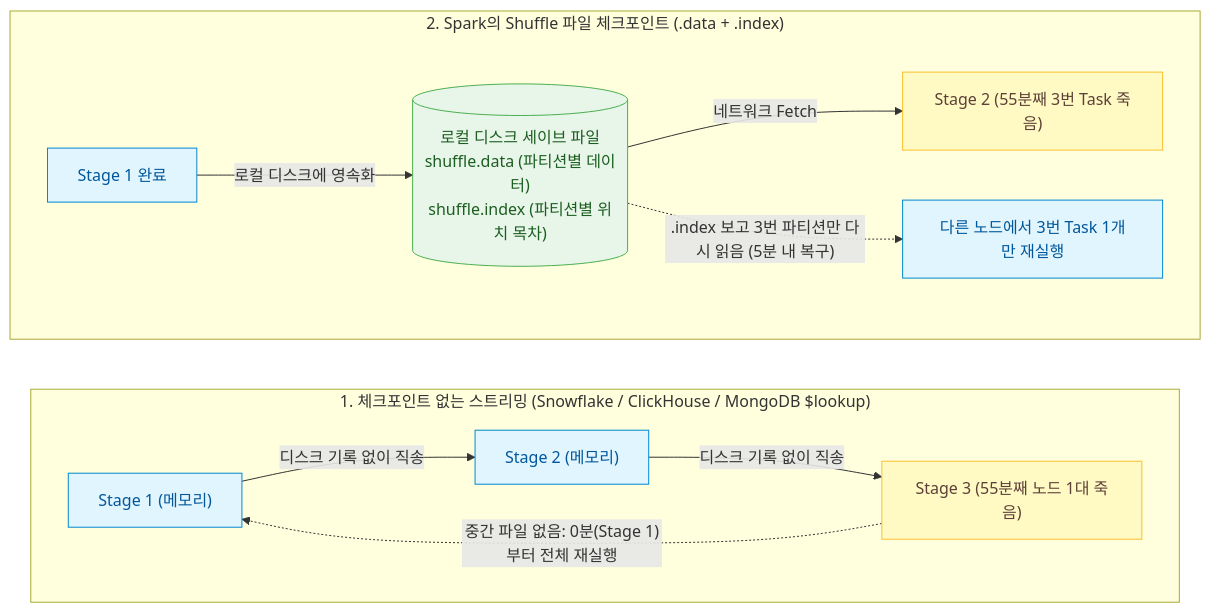
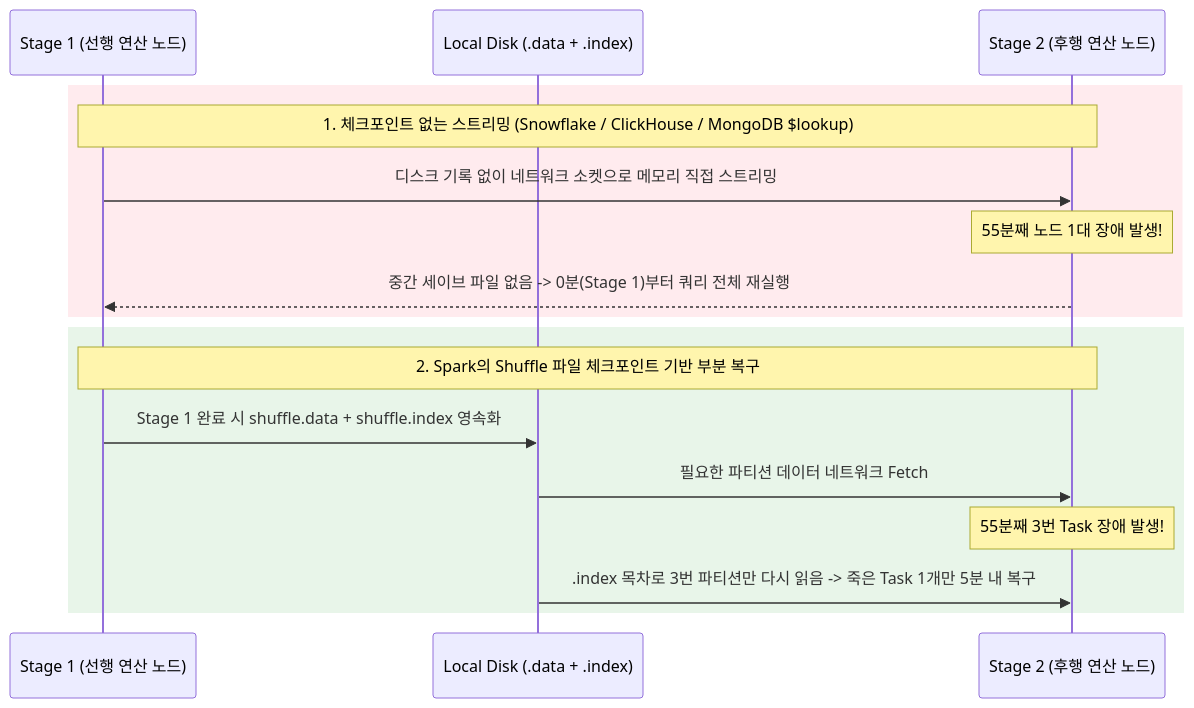
One commit to djpibo/djpibo.github.io changed the eighth of 11 diagrams in docs/dbms/distributed/mapreduce-spark-and-distributed-db-internals.md. Above: the diagram before and after it, drawn with Mermaid. The commit also changed other lines of this file and 4 other files, not shown here.

Commit message:
style(mermaid): remove hachure fill, refactor key diagrams to sequence/decision-tree, and update AGENTS.md

````diff
--- a/docs/dbms/distributed/mapreduce-spark-and-distributed-db-internals.md
+++ b/docs/dbms/distributed/mapreduce-spark-and-distributed-db-internals.md
@@ -410,27 +390,21 @@
 ```mermaid
-flowchart LR
-    classDef storage fill:#E8F5E9,stroke:#4CAF50,color:#1B5E20;
-    classDef process fill:#FFF9C4,stroke:#FBC02D,color:#5D4037;
-    classDef cloud fill:#E1F5FE,stroke:#0288D1,color:#01579B;
+sequenceDiagram
+    participant S1 as Stage 1 (선행 연산 노드)
+    participant Disk as Local Disk (.data + .index)
+    participant S2 as Stage 2 (후행 연산 노드)
 
-    subgraph MPP_FAIL ["1. 체크포인트 없는 스트리밍 (Snowflake / ClickHouse / MongoDB $lookup)"]
-        direction LR
-        M_S1["Stage 1 (메모리)"]:::cloud
-        M_S2["Stage 2 (메모리)"]:::cloud
-        M_S3["Stage 3 (55분째 노드 1대 죽음)"]:::process
-        M_S1 -->|"디스크 기록 없이 직송"| M_S2
-        M_S2 -->|"디스크 기록 없이 직송"| M_S3
-        M_S3 -.->|"중간 파일 없음: 0분(Stage 1)부터 전체 재실행"| M_S1
+    rect rgb(255, 235, 238)
+        Note over S1,S2: 1. 체크포인트 없는 스트리밍 (Snowflake / ClickHouse / MongoDB $lookup)
+        S1->>S2: 디스크 기록 없이 네트워크 소켓으로 메모리 직접 스트리밍
+        Note over S2: 55분째 노드 1대 장애 발생!
+        S2-->>S1: 중간 세이브 파일 없음 -> 0분(Stage 1)부터 쿼리 전체 재실행
     end
 
-    subgraph SP_SAVE ["2. Spark의 Shuffle 파일 체크포인트 (.data + .index)"]
-        direction LR
-        S_S1["Stage 1 완료"]:::cloud
-        S_CHK[("로컬 디스크 세이브 파일<br/>shuffle.data (파티션별 데이터)<br/>shuffle.index (파티션별 위치 목차)")]:::storage
-        S_S2["Stage 2 (55분째 3번 Task 죽음)"]:::process
-        S_REC["다른 노드에서 3번 Task 1개만 재실행"]:::cloud
-        S_S1 -->|"로컬 디스크에 영속화"| S_CHK
-        S_CHK -->|"네트워크 Fetch"| S_S2
-        S_CHK -.->|".index 보고 3번 파티션만 다시 읽음 (5분 내 복구)"| S_REC
+    rect rgb(232, 245, 233)
+        Note over S1,S2: 2. Spark의 Shuffle 파일 체크포인트 기반 부분 복구
+        S1->>Disk: Stage 1 완료 시 shuffle.data + shuffle.index 영속화
+        Disk->>S2: 필요한 파티션 데이터 네트워크 Fetch
+        Note over S2: 55분째 3번 Task 장애 발생!
+        Disk->>S2: .index 목차로 3번 파티션만 다시 읽음 -> 죽은 Task 1개만 5분 내 복구
     end
 ```
````
